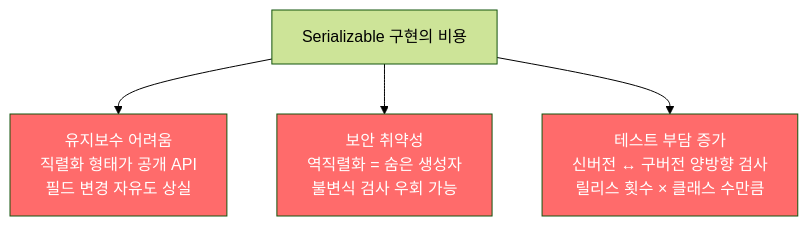
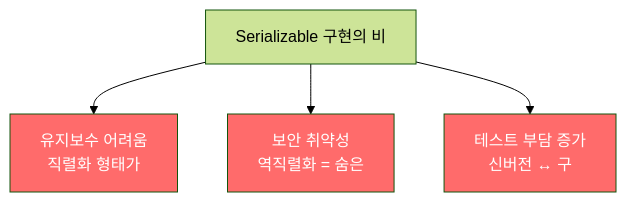
One commit to yjkim2015/yjkim2015.github.io changed the diagram in _posts/java/2022-03-10-effective-java86.md. Above: the diagram before and after it, drawn with Mermaid (forest theme). The commit also changed 271 other files, not shown here.

First line of the commit message:
Mermaid 라벨 축소: 긴 노드 텍스트 18자 이하로 트림 + \n 제거

````diff
--- a/_posts/java/2022-03-10-effective-java86.md
+++ b/_posts/java/2022-03-10-effective-java86.md
@@ -54,9 +54,9 @@
 ```mermaid
 graph TD
-    A["Serializable 구현의 비용"] --> B["유지보수 어려움\n직렬화 형태가 공개 API\n필드 변경 자유도 상실"]
-    A --> C["보안 취약성\n역직렬화 = 숨은 생성자\n불변식 검사 우회 가능"]
-    A --> D["테스트 부담 증가\n신버전 ↔ 구버전 양방향 검사\n릴리스 횟수 × 클래스 수만큼"]
+    A["Serializable 구현의 비"] --> B["유지보수 어려움\n직렬화 형태가"]
+    A --> C["보안 취약성\n역직렬화 = 숨은"]
+    A --> D["테스트 부담 증가\n신버전 ↔ 구"]
     style B fill:#ff6b6b,color:#fff
     style C fill:#ff6b6b,color:#fff
     style D fill:#ff6b6b,color:#fff
 ```
````
